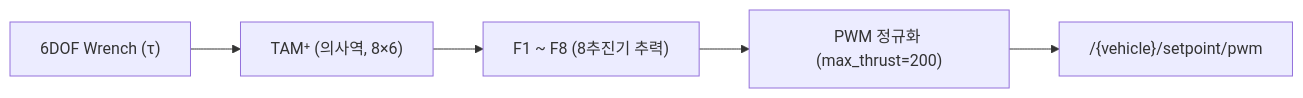
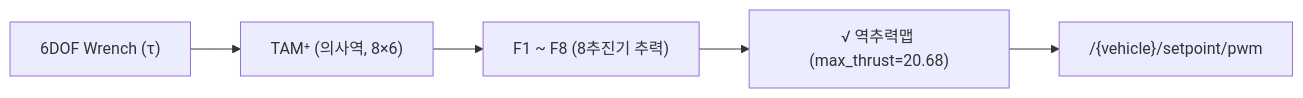
The second of 2 diagrams in docs/site/docs/parameters/dynamics-tam.md (HERO-Lab-POSTECH/stonefish_sim), drawn with Mermaid before and after one commit. The commit also changed other lines of this file and 8 other files, not shown here.

First line of the commit message:
docs: max_thrust 의미 변경·물리 포화를 문서 전반에 반영 (리뷰 반영)

````diff
--- a/docs/site/docs/parameters/dynamics-tam.md
+++ b/docs/site/docs/parameters/dynamics-tam.md
@@ -95,7 +95,7 @@
 ```mermaid
 flowchart LR
     W["6DOF Wrench (τ)"] --> P["TAM⁺ (의사역, 8×6)"]
     P --> F["F1 ~ F8 (8추진기 추력)"]
-    F --> N["PWM 정규화 (max_thrust=200)"]
+    F --> N["√ 역추력맵 (max_thrust=20.68)"]
     N --> O["/{vehicle}/setpoint/pwm"]
 ```
````
